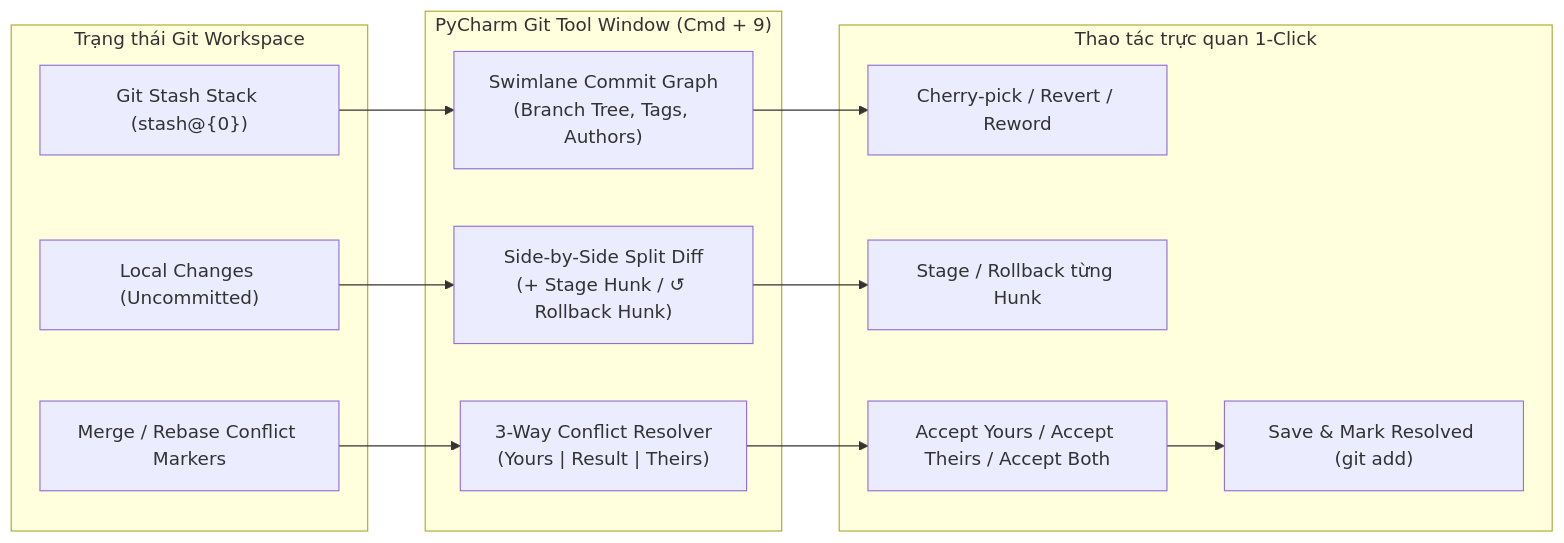
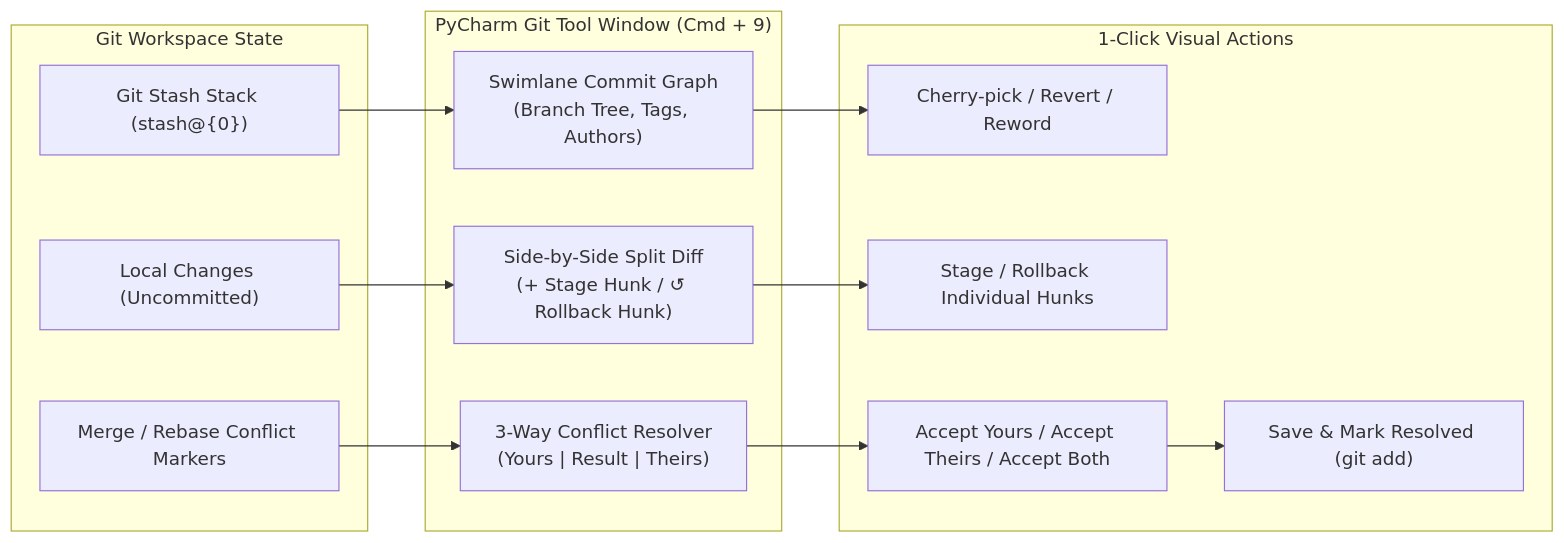
Before and after one commit to luongndcoder/paseo: the third of 3 diagrams in README.md, drawn with Mermaid. The commit also changed other lines of this file and 2 other files, not shown here.

Commit message:
docs: translate plugin and architecture documentation to English and add registry publishing guide

````diff
--- a/README.md
+++ b/README.md
@@ -168,29 +168,29 @@
 ```mermaid
 flowchart LR
-    subgraph WorkingTree["Trạng thái Git Workspace"]
+    subgraph WorkingTree["Git Workspace State"]
         A["Local Changes (Uncommitted)"]
         B["Merge / Rebase Conflict Markers"]
         C["Git Stash Stack (stash@{0})"]
     end
 
     subgraph PyCharmWindow["PyCharm Git Tool Window (Cmd + 9)"]
         Graph["Swimlane Commit Graph<br/>(Branch Tree, Tags, Authors)"]
         Split["Side-by-Side Split Diff<br/>(+ Stage Hunk / ↺ Rollback Hunk)"]
         Conflict["3-Way Conflict Resolver<br/>(Yours | Result | Theirs)"]
     end
 
-    subgraph Actions["Thao tác trực quan 1-Click"]
+    subgraph Actions["1-Click Visual Actions"]
         Act1["Cherry-pick / Revert / Reword"]
-        Act2["Stage / Rollback từng Hunk"]
+        Act2["Stage / Rollback Individual Hunks"]
         Act3["Accept Yours / Accept Theirs / Accept Both"]
         Act4["Save & Mark Resolved (git add)"]
     end
 
     A --> Split
     B --> Conflict
     C --> Graph
 
     Split --> Act2
     Conflict --> Act3 --> Act4
     Graph --> Act1
 ```
````
